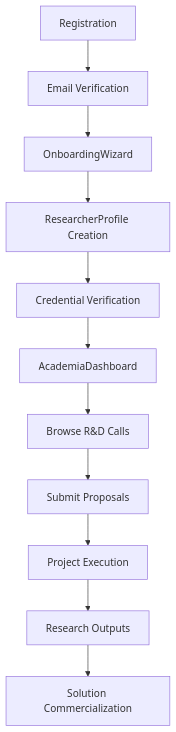
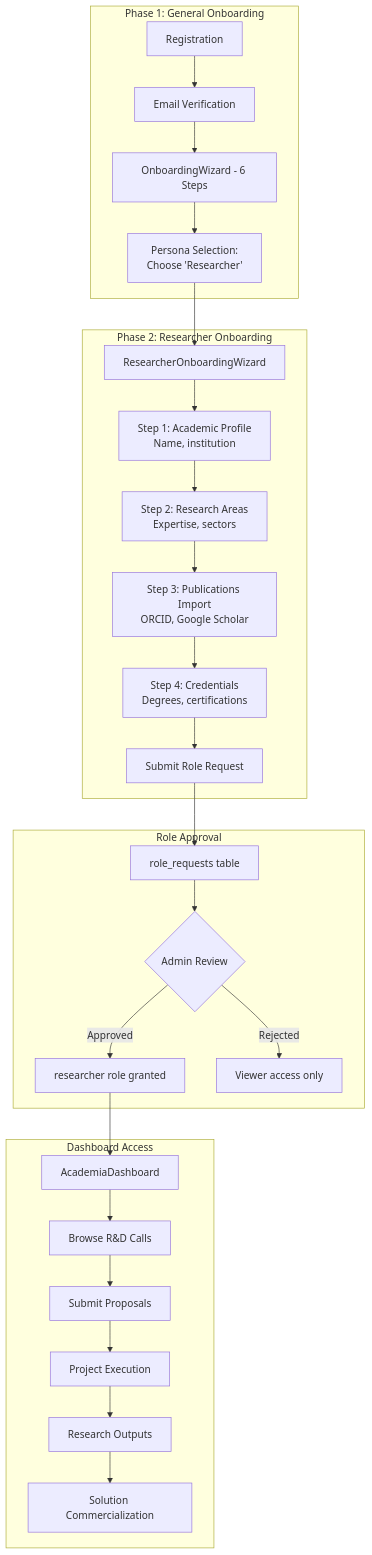
The diagram in docs/personas/RESEARCHER_PERSONA.md (Qahtani1979/innovate-saudi), drawn with Mermaid before and after one commit. The commit also changed other lines of this file and 8 other files, not shown here.

````diff
--- a/docs/personas/RESEARCHER_PERSONA.md
+++ b/docs/personas/RESEARCHER_PERSONA.md
@@ -19,13 +19,33 @@
 ```mermaid
 graph TD
-    A[Registration] --> B[Email Verification]
-    B --> C[OnboardingWizard]
-    C --> D[ResearcherProfile Creation]
-    D --> E[Credential Verification]
-    E --> F[AcademiaDashboard]
-    F --> G[Browse R&D Calls]
-    G --> H[Submit Proposals]
-    H --> I[Project Execution]
-    I --> J[Research Outputs]
-    J --> K[Solution Commercialization]
+    subgraph PHASE1["Phase 1: General Onboarding"]
+        A[Registration] --> B[Email Verification]
+        B --> C[OnboardingWizard - 6 Steps]
+        C --> D["Persona Selection:<br/>Choose 'Researcher'"]
+    end
+
+    subgraph PHASE2["Phase 2: Researcher Onboarding"]
+        D --> E[ResearcherOnboardingWizard]
+        E --> F[Step 1: Academic Profile<br/>Name, institution]
+        F --> G[Step 2: Research Areas<br/>Expertise, sectors]
+        G --> H[Step 3: Publications Import<br/>ORCID, Google Scholar]
+        H --> I[Step 4: Credentials<br/>Degrees, certifications]
+        I --> J[Submit Role Request]
+    end
+
+    subgraph APPROVAL["Role Approval"]
+        J --> K[role_requests table]
+        K --> L{Admin Review}
+        L -->|Approved| M[researcher role granted]
+        L -->|Rejected| N[Viewer access only]
+    end
+
+    subgraph DASHBOARD["Dashboard Access"]
+        M --> O[AcademiaDashboard]
+        O --> P[Browse R&D Calls]
+        P --> Q[Submit Proposals]
+        Q --> R[Project Execution]
+        R --> S[Research Outputs]
+        S --> T[Solution Commercialization]
+    end
 ```
````
